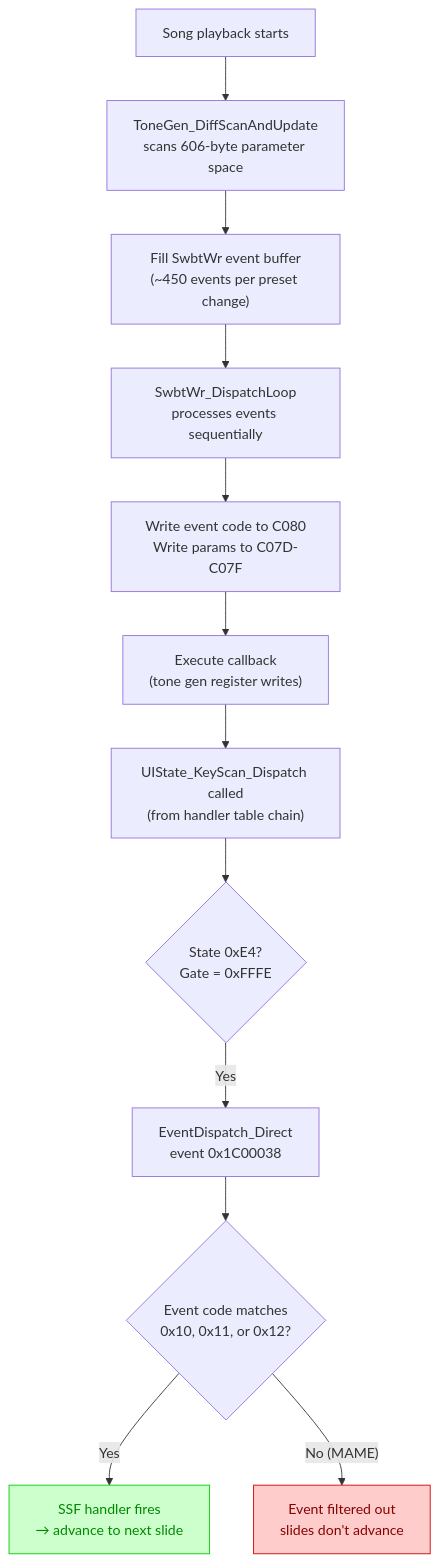
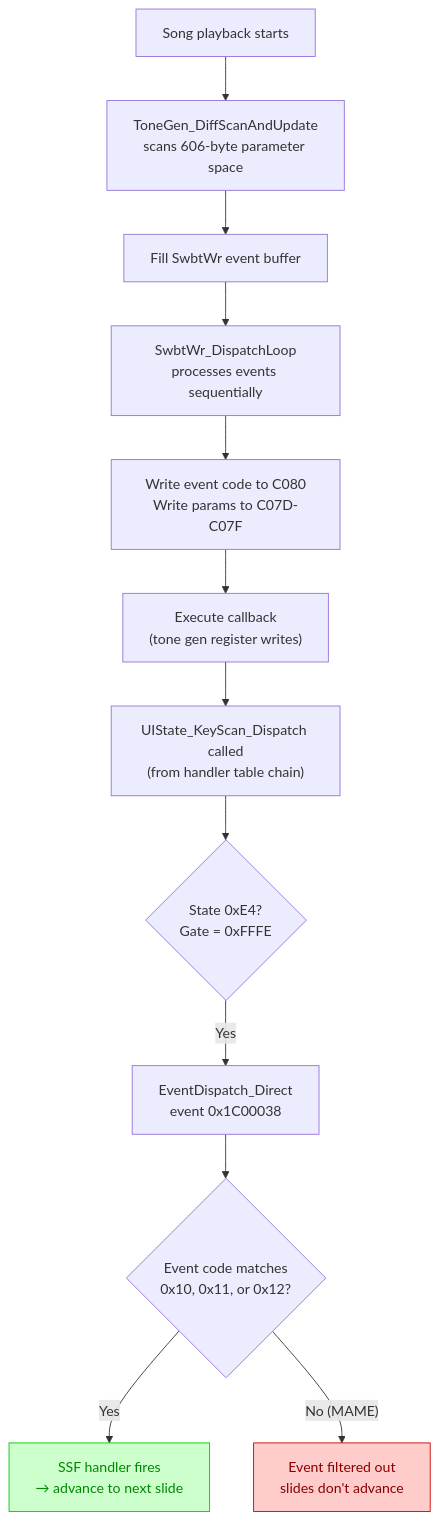
Before and after one commit to ArqueologiaDigital/technics-docs: the seventh of 13 diagrams in ssf-presentation.md, drawn with Mermaid. The commit also changed other lines of this file and 3 other files, not shown here.

````diff
--- a/ssf-presentation.md
+++ b/ssf-presentation.md
@@ -908,17 +910,17 @@
 ```mermaid
 flowchart TD
     SONG["Song playback starts"] --> DIFF["ToneGen_DiffScanAndUpdate<br/>scans 606-byte parameter space"]
-    DIFF --> BUFFER["Fill SwbtWr event buffer<br/>(~450 events per preset change)"]
+    DIFF --> BUFFER["Fill SwbtWr event buffer"]
     BUFFER --> LOOP["SwbtWr_DispatchLoop<br/>processes events sequentially"]
     LOOP --> WRITE["Write event code to C080<br/>Write params to C07D-C07F"]
     WRITE --> CALLBACK["Execute callback<br/>(tone gen register writes)"]
     CALLBACK --> HANDLER["UIState_KeyScan_Dispatch called<br/>(from handler table chain)"]
     HANDLER --> GATE{"State 0xE4?<br/>Gate = 0xFFFE"}
     GATE -- "Yes" --> DISPATCH["EventDispatch_Direct<br/>event 0x1C00038"]
     DISPATCH --> FILTER{"Event code matches<br/>0x10, 0x11, or 0x12?"}
     FILTER -- "Yes" --> SSF["SSF handler fires<br/>→ advance to next slide"]
     FILTER -- "No (MAME)" --> DROP["Event filtered out<br/>slides don't advance"]
 
     style DROP fill:#fcc,stroke:#c00,color:#800
     style SSF fill:#cfc,stroke:#0c0,color:#080
 ```
````
